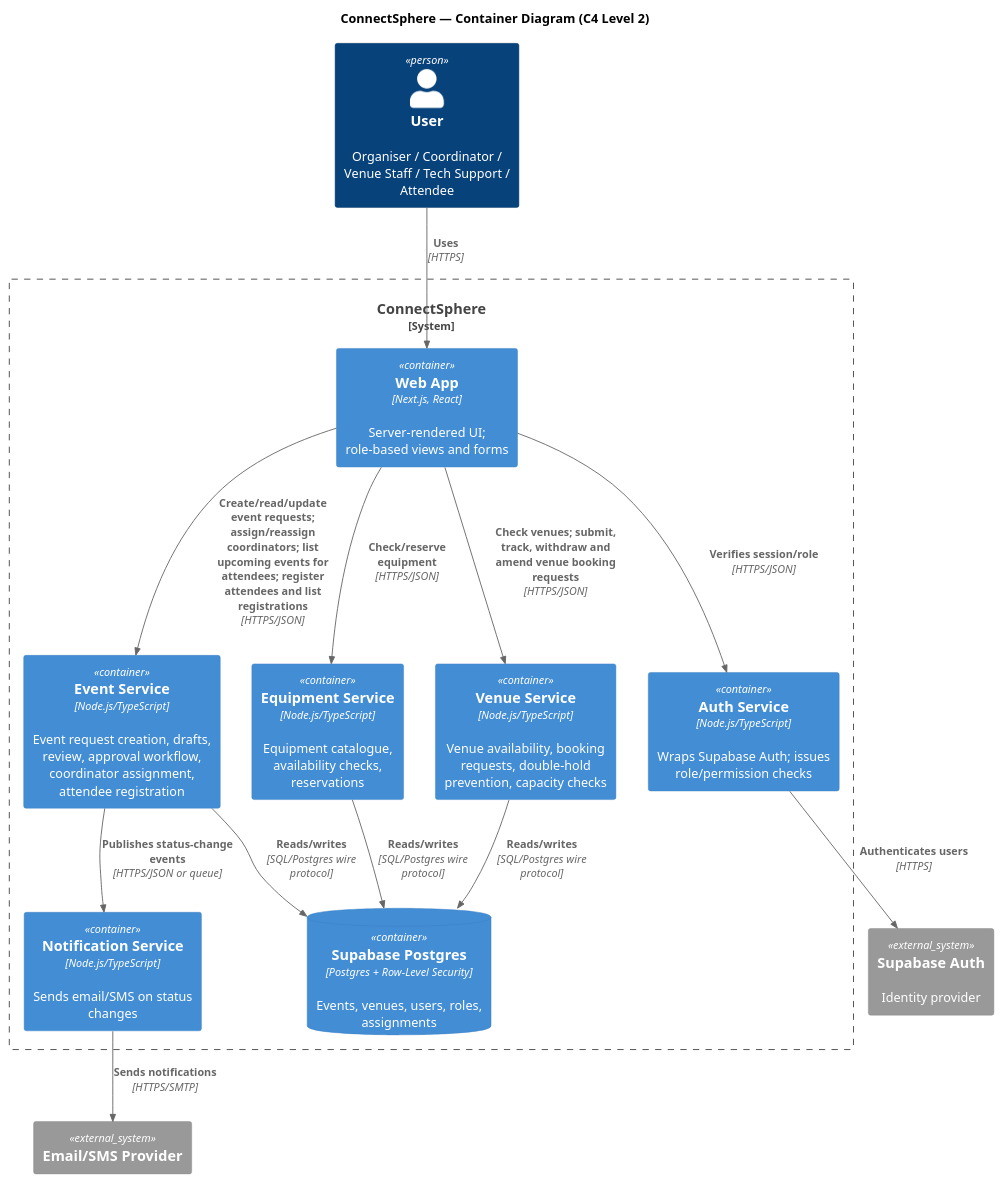
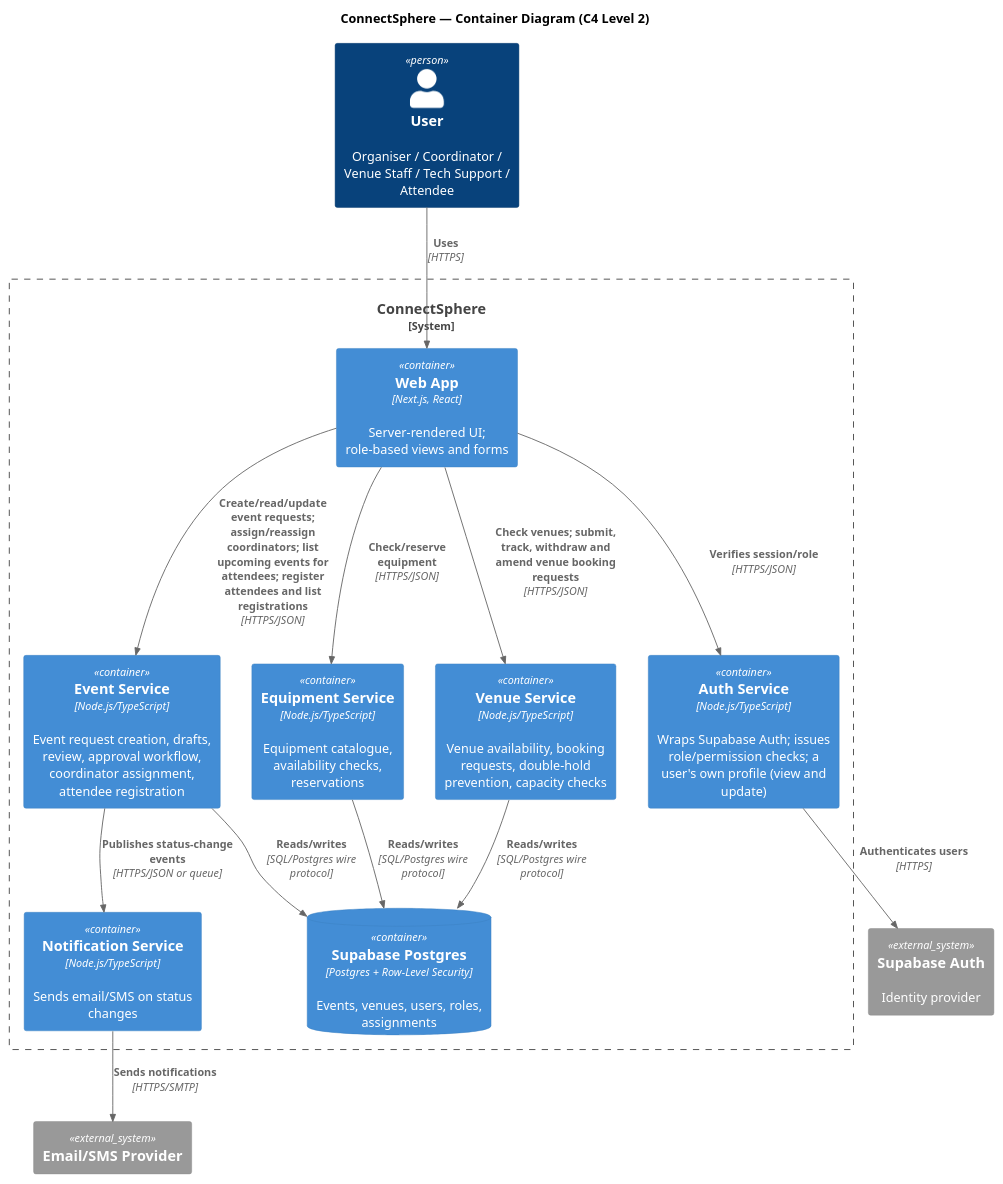
The diagram in docs/architecture/c4/container.puml (danjaii/SPM-T5), drawn with PlantUML before and after one commit. The commit also changed 22 other files, not shown here.

Commit message:
SCRUM-68/AC1,AC2,AC3,AC4,AC5,AC6,AC7,AC8 - Add view and update profile

```diff
--- a/docs/architecture/c4/container.puml
+++ b/docs/architecture/c4/container.puml
@@ -1,38 +1,38 @@
 @startuml container
 !include https://raw.githubusercontent.com/plantuml-stdlib/C4-PlantUML/master/C4_Container.puml
 
 title ConnectSphere — Container Diagram (C4 Level 2)
 
 Person(user, "User", "Organiser / Coordinator / Venue Staff / Tech Support / Attendee")
 
 System_Boundary(connectsphere, "ConnectSphere") {
   Container(web, "Web App", "Next.js, React", "Server-rendered UI; role-based views and forms")
 
-  Container(authSvc, "Auth Service", "Node.js/TypeScript", "Wraps Supabase Auth; issues role/permission checks")
+  Container(authSvc, "Auth Service", "Node.js/TypeScript", "Wraps Supabase Auth; issues role/permission checks; a user's own profile (view and update)")
   Container(eventSvc, "Event Service", "Node.js/TypeScript", "Event request creation, drafts, review, approval workflow, coordinator assignment, attendee registration")
   Container(venueSvc, "Venue Service", "Node.js/TypeScript", "Venue availability, booking requests, double-hold prevention, capacity checks")
   Container(equipmentSvc, "Equipment Service", "Node.js/TypeScript", "Equipment catalogue, availability checks, reservations")
   Container(notificationSvc, "Notification Service", "Node.js/TypeScript", "Sends email/SMS on status changes")
 
   ContainerDb(db, "Supabase Postgres", "Postgres + Row-Level Security", "Events, venues, users, roles, assignments")
 }
 
 System_Ext(supabaseAuth, "Supabase Auth", "Identity provider")
 System_Ext(emailProvider, "Email/SMS Provider")
 
 Rel(user, web, "Uses", "HTTPS")
 
 Rel(web, authSvc, "Verifies session/role", "HTTPS/JSON")
 Rel(web, eventSvc, "Create/read/update event requests; assign/reassign coordinators; list upcoming events for attendees; register attendees and list registrations", "HTTPS/JSON")
 Rel(web, venueSvc, "Check venues; submit, track, withdraw and amend venue booking requests", "HTTPS/JSON")
 Rel(web, equipmentSvc, "Check/reserve equipment", "HTTPS/JSON")
 
 Rel(authSvc, supabaseAuth, "Authenticates users", "HTTPS")
 Rel(eventSvc, db, "Reads/writes", "SQL/Postgres wire protocol")
 Rel(venueSvc, db, "Reads/writes", "SQL/Postgres wire protocol")
 Rel(equipmentSvc, db, "Reads/writes", "SQL/Postgres wire protocol")
 
 Rel(eventSvc, notificationSvc, "Publishes status-change events", "HTTPS/JSON or queue")
 Rel(notificationSvc, emailProvider, "Sends notifications", "HTTPS/SMTP")
 
 @enduml
```
